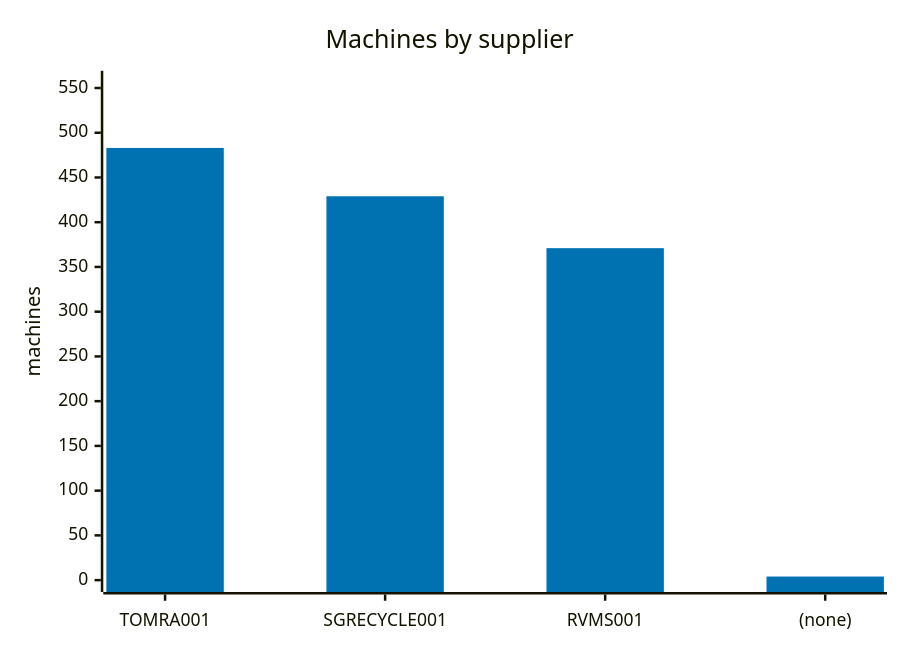
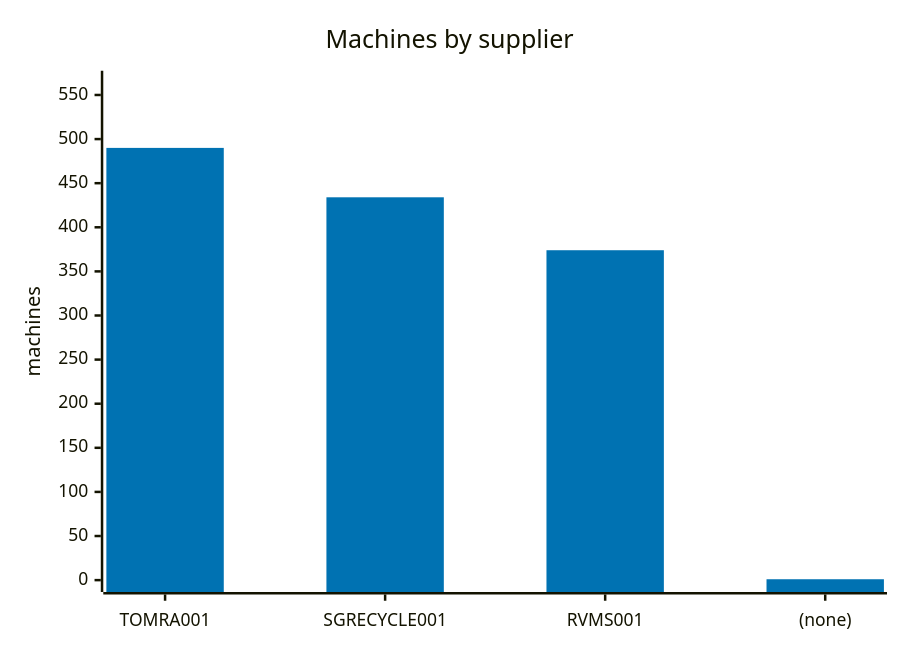
One commit to cheeaun/returnright-data changed the second of 7 diagrams in ANALYSIS.md. Above: the diagram before and after it, drawn with Mermaid. The commit also changed other lines of this file and 3 other files, not shown here.

````diff
--- a/ANALYSIS.md
+++ b/ANALYSIS.md
@@ -50,13 +50,13 @@
 ```mermaid
 ---
 config:
   themeVariables:
     xyChart:
       plotColorPalette: "#0072B2"
 ---
 xychart-beta
     title "Machines by supplier"
     x-axis ["TOMRA001", "SGRECYCLE001", "RVMS001", "(none)"]
-    y-axis "machines" 0 --> 556
-    bar [483, 429, 371, 4]
+    y-axis "machines" 0 --> 564
+    bar [490, 434, 374, 1]
 ```
````
